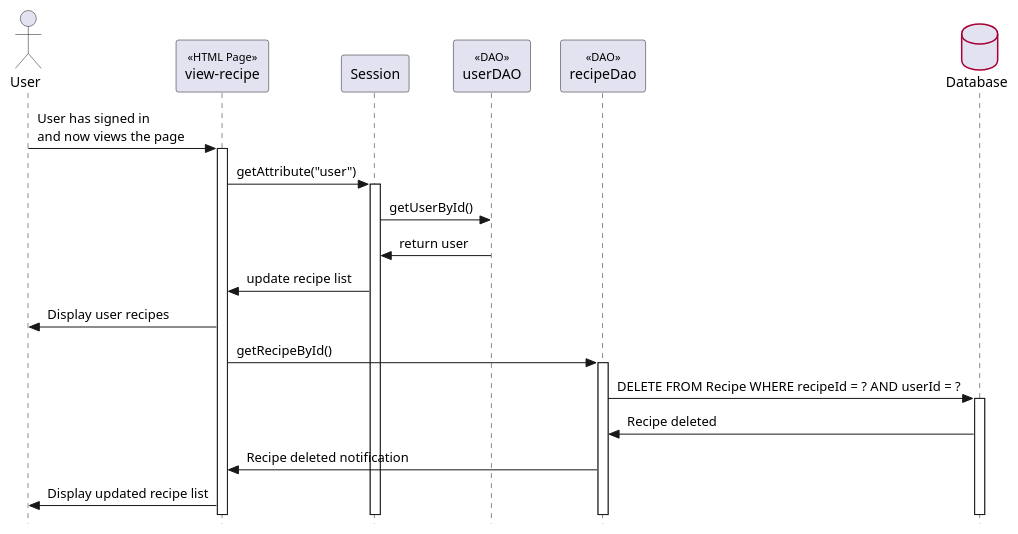
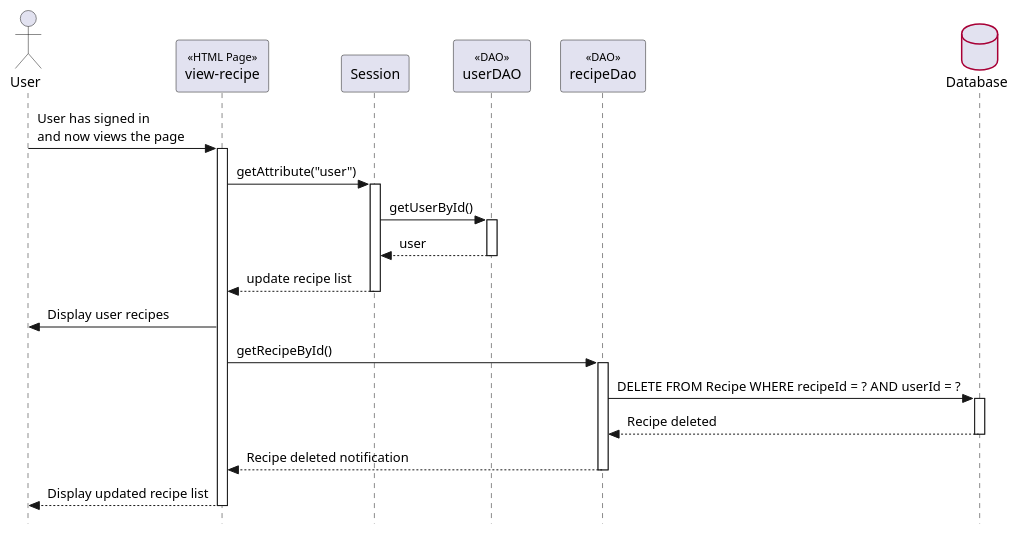
The diagram in Diagrams/UserDeletesRecipe.puml (bluewolf44/PantryPal), drawn with PlantUML before and after one commit.

Commit message:
changed puml

```diff
--- a/Diagrams/UserDeletesRecipe.puml
+++ b/Diagrams/UserDeletesRecipe.puml
@@ -1,40 +1,40 @@
 @startuml
 
 skinparam {
   Style StrictUML
   RoundCorner 5
   ParticipantPadding 10
   Padding 2
   SequenceStereotype {
     Font {
       Size 11
       Style plain
     }
   }
   Database {
     BorderColor #A80036
   }
 }
 
 actor "User" as user
 participant "view-recipe" as viewRecipe << HTML Page >>
 participant "Session" as session
 participant "userDAO" as userDao << DAO >>
 participant "recipeDao" as recipeDao << DAO >>
 database "Database" as db
 
 user -> viewRecipe++ : User has signed in\nand now views the page
 
 viewRecipe -> session++ : getAttribute("user")
-session -> userDao : getUserById()
-userDao -> session : return user
-session -> viewRecipe : update recipe list
+session -> userDao++ : getUserById()
+return  user
+return update recipe list
 viewRecipe -> user : Display user recipes
 
 viewRecipe -> recipeDao++ : getRecipeById()
 recipeDao -> db++ : DELETE FROM Recipe WHERE recipeId = ? AND userId = ?
-db -> recipeDao : Recipe deleted
-recipeDao -> viewRecipe : Recipe deleted notification
+return Recipe deleted
+return Recipe deleted notification
 
-viewRecipe -> user : Display updated recipe list
+return Display updated recipe list
 @enduml
```
